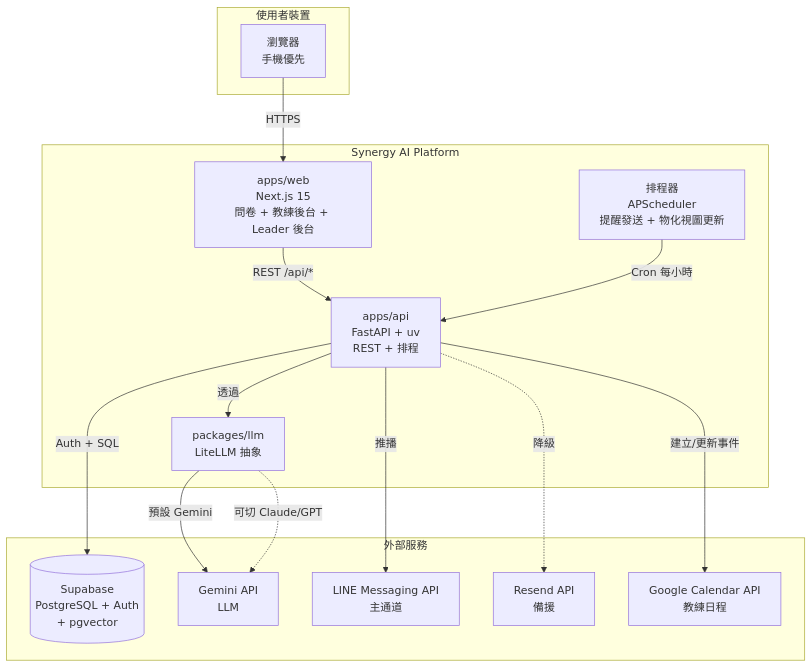
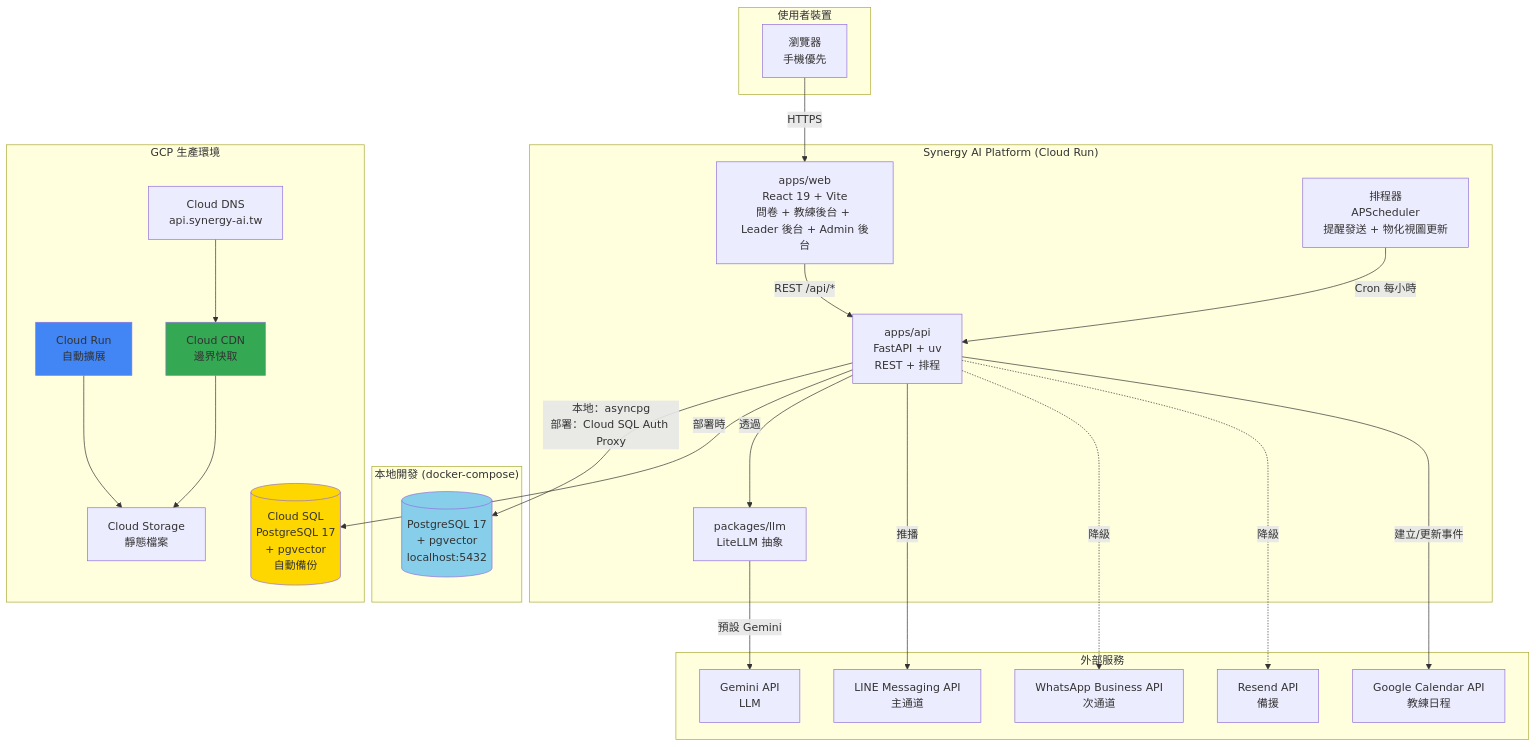
The second of 5 diagrams in docs/04_architecture.md (Zenobia000/synergy-ai-platform), drawn with Mermaid before and after one commit. The commit also changed other lines of this file and 15 other files, not shown here.

````diff
--- a/docs/04_architecture.md
+++ b/docs/04_architecture.md
@@ -66,32 +76,54 @@
 ```mermaid
 graph TB
     subgraph "使用者裝置"
         Browser[瀏覽器<br/>手機優先]
     end
 
-    subgraph "Synergy AI Platform"
-        Web[apps/web<br/>Next.js 15<br/>問卷 + 教練後台 + Leader 後台]
+    subgraph "Synergy AI Platform (Cloud Run)"
+        Web[apps/web<br/>React 19 + Vite<br/>問卷 + 教練後台 + Leader 後台 + Admin 後台]
         API[apps/api<br/>FastAPI + uv<br/>REST + 排程]
         Scheduler[排程器<br/>APScheduler<br/>提醒發送 + 物化視圖更新]
         LLMPkg[packages/llm<br/>LiteLLM 抽象]
     end
 
+    subgraph "本地開發 (docker-compose)"
+        LocalPG[(PostgreSQL 17<br/>+ pgvector<br/>localhost:5432)]
+    end
+
+    subgraph "GCP 生產環境"
+        CloudRun[Cloud Run<br/>自動擴展]
+        CloudSQL[(Cloud SQL<br/>PostgreSQL 17<br/>+ pgvector<br/>自動備份)]
+        CloudStorage[Cloud Storage<br/>靜態檔案]
+        CloudCDN[Cloud CDN<br/>邊界快取]
+        CloudDNS[Cloud DNS<br/>api.synergy-ai.tw]
+    end
+
     subgraph "外部服務"
-        Supabase[(Supabase<br/>PostgreSQL + Auth<br/>+ pgvector)]
         Gemini[Gemini API<br/>LLM]
         LineAPI[LINE Messaging API<br/>主通道]
-        Resend[Resend API<br/>備援]
+        WhatsAppAPI[WhatsApp Business API<br/>次通道]
+        ResendAPI[Resend API<br/>備援]
         GoogleCalAPI[Google Calendar API<br/>教練日程]
     end
 
     Browser -->|HTTPS| Web
     Web -->|REST /api/*| API
-    API -->|Auth + SQL| Supabase
+    API -->|本地：asyncpg<br/>部署：Cloud SQL Auth Proxy| LocalPG
+    API -->|部署時| CloudSQL
     API -->|透過| LLMPkg
     LLMPkg -->|預設 Gemini| Gemini
-    LLMPkg -.->|可切 Claude/GPT| Gemini
     Scheduler -->|Cron 每小時| API
     API -->|推播| LineAPI
-    API -.->|降級| Resend
+    API -.->|降級| WhatsAppAPI
+    API -.->|降級| ResendAPI
     API -->|建立/更新事件| GoogleCalAPI
+    
+    CloudRun --> CloudStorage
+    CloudCDN --> CloudStorage
+    CloudDNS --> CloudCDN
+    
+    style LocalPG fill:#87ceeb
+    style CloudSQL fill:#ffd700
+    style CloudRun fill:#4285f4
+    style CloudCDN fill:#34a853
 ```
````
